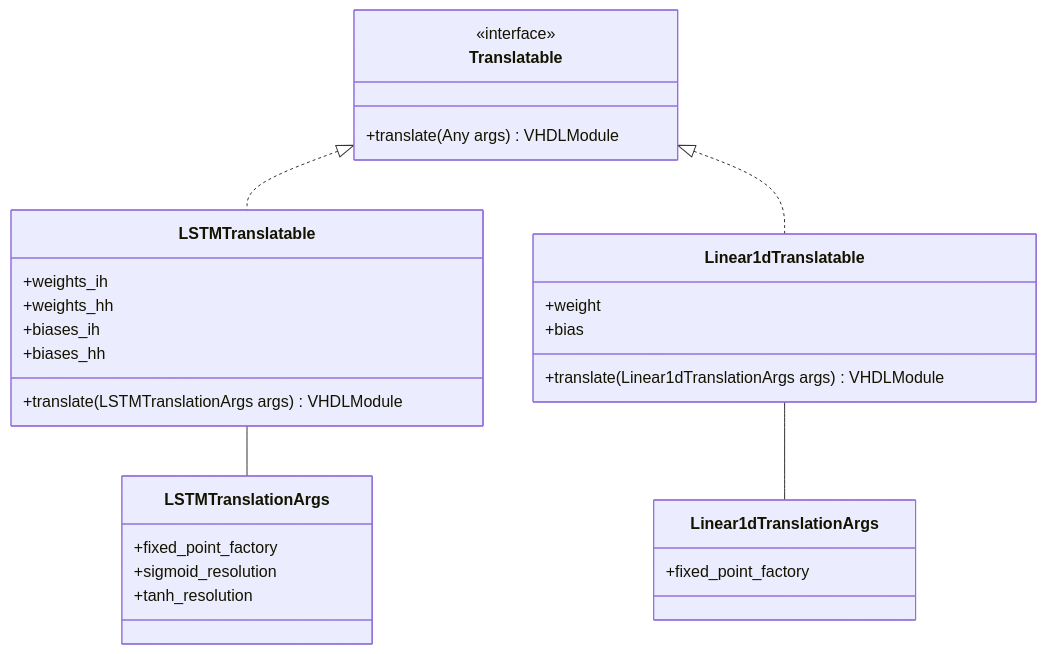
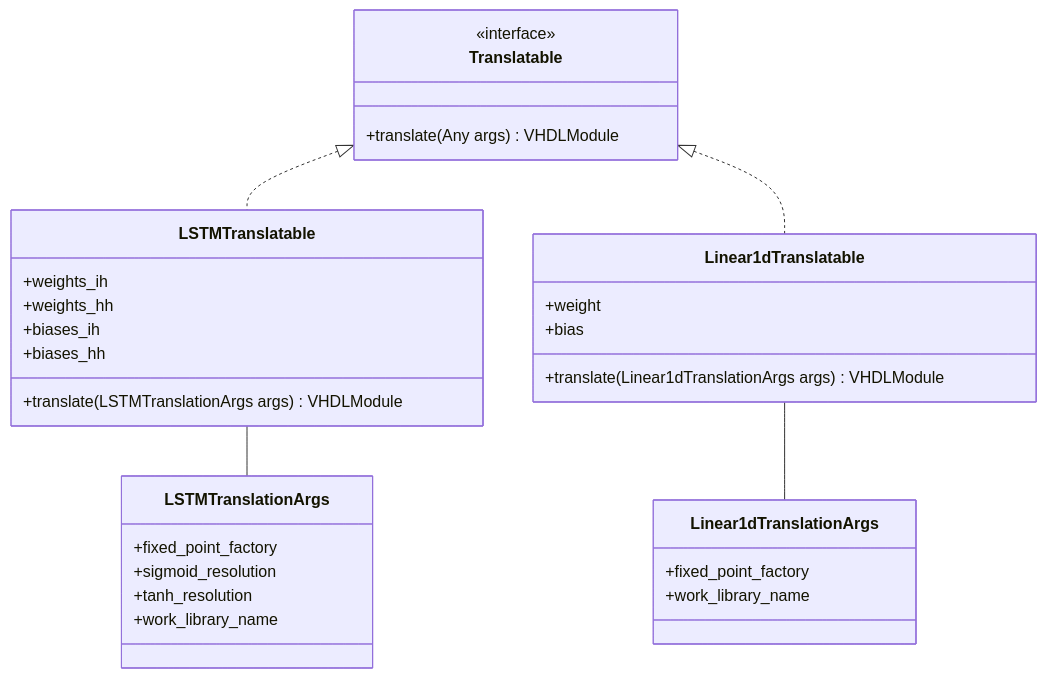
Before and after one commit to es-ude/elastic-ai.creator: the second of 3 diagrams in elasticai/creator/vhdl/README.md, drawn with Mermaid. The commit also changed other lines of this file, not shown here.

Commit message:
docs(vhdl): adapt diagrams to the latest changes

````diff
--- a/elasticai/creator/vhdl/README.md
+++ b/elasticai/creator/vhdl/README.md
@@ -47,34 +47,36 @@
 ```mermaid
 classDiagram
 class Translatable {
     <<interface>>
     +translate(Any args) VHDLModule
 }
 
 class LSTMTranslatable {
     +weights_ih
     +weights_hh
     +biases_ih
     +biases_hh
     +translate(LSTMTranslationArgs args) VHDLModule
 }
 class LSTMTranslationArgs {
     +fixed_point_factory
     +sigmoid_resolution
     +tanh_resolution
+    +work_library_name
 }
 
 class Linear1dTranslatable {
     +weight
     +bias
     +translate(Linear1dTranslationArgs args) VHDLModule
 }
 class Linear1dTranslationArgs {
     +fixed_point_factory
+    +work_library_name
 }
 
 Translatable <|.. LSTMTranslatable
 LSTMTranslatable -- LSTMTranslationArgs
 Translatable <|.. Linear1dTranslatable
 Linear1dTranslatable -- Linear1dTranslationArgs
 ```
````
